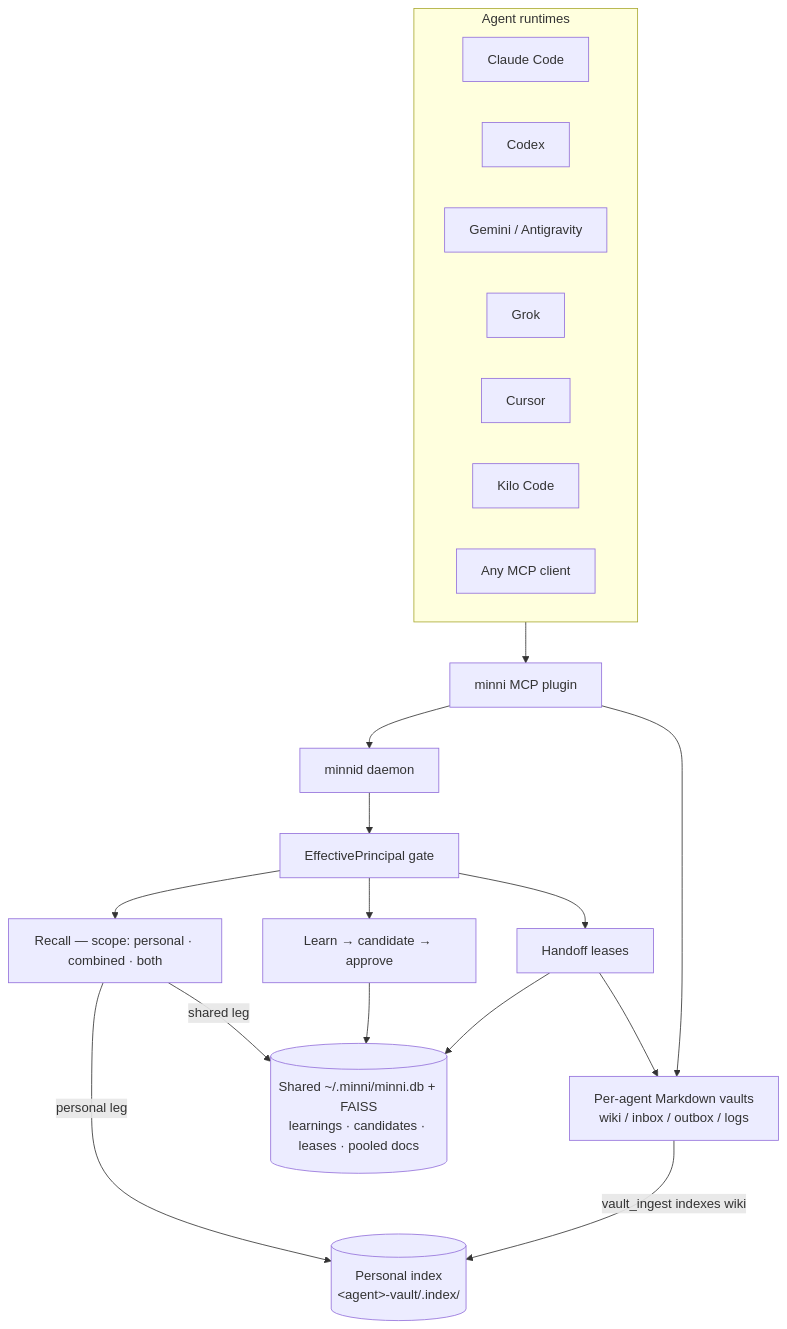
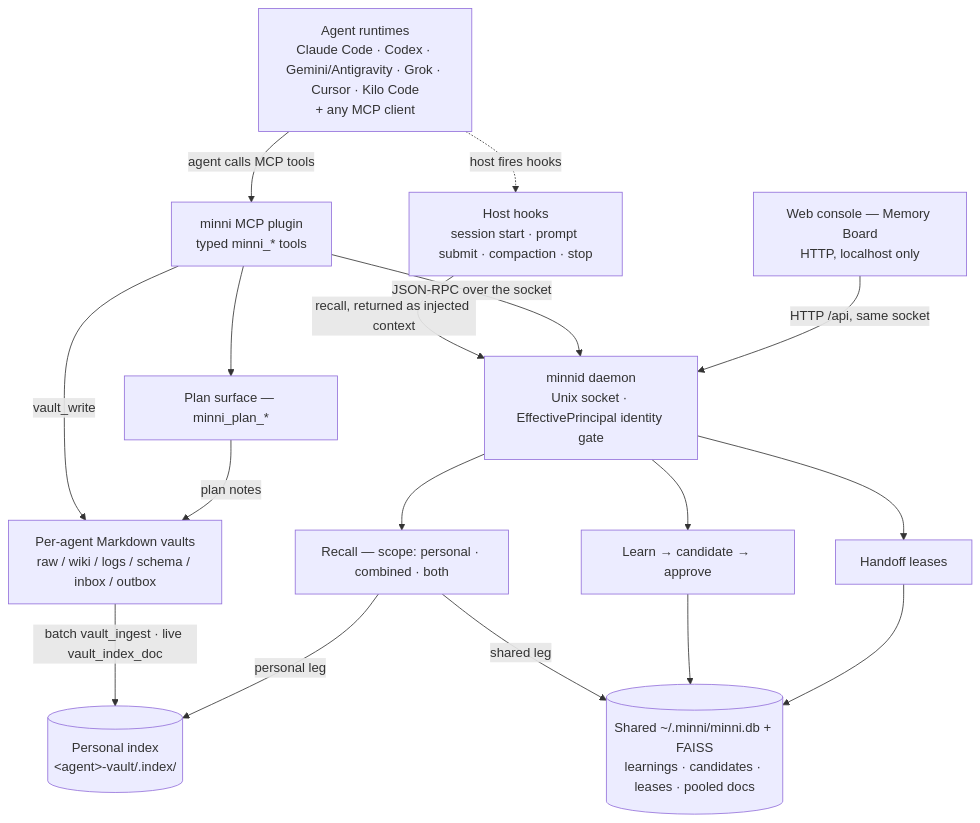
Before and after one commit to infektyd/minni: the diagram in README.md, drawn with Mermaid. The commit also changed other lines of this file and 1 other file, not shown here.

First paragraph of the commit message:
docs(readme): apply the 2026-08-01 audit and redesign the architecture diagram
Applies the accepted findings from the readme-audit run and, per the operator's
emphasis, rebuilds the Mermaid flowchart against the discovered topology.

````diff
--- a/README.md
+++ b/README.md
@@ -122,36 +125,39 @@
 ```mermaid
+%% Budget: 18 nodes / 16 edges. Dashed = host-fired; solid = someone calls.
+%% Tool names re-verified 2026-08-01: the plan surface ships as minni_plan_*.
+%% A rename to a threads_* prefix is proposed but unmerged — re-check next audit.
 flowchart TD
-    subgraph Runtimes["Agent runtimes"]
-      Claude["Claude Code"]
-      Codex["Codex"]
-      Gemini["Gemini / Antigravity"]
-      Grok["Grok"]
-      Cursor["Cursor"]
-      Kilo["Kilo Code"]
-      Other["Any MCP client"]
-    end
+    Agents["Agent runtimes<br/>Claude Code · Codex · Gemini/Antigravity · Grok · Cursor · Kilo Code<br/>+ any MCP client"]
+    Hooks["Host hooks<br/>session start · prompt submit · compaction · stop"]
+    Plugin["minni MCP plugin<br/>typed minni_* tools"]
+    Console["Web console — Memory Board<br/>HTTP, localhost only"]
+    Daemon["minnid daemon<br/>Unix socket · EffectivePrincipal identity gate"]
 
-    Plugin["minni MCP plugin"]
-    Daemon["minnid daemon"]
-    Gate["EffectivePrincipal gate"]
     Retrieval["Recall — scope: personal · combined · both"]
     Governance["Learn → candidate → approve"]
     Handoff["Handoff leases"]
-
-    Vaults["Per-agent Markdown vaults<br/>wiki / inbox / outbox / logs"]
+    Plans["Plan surface — minni_plan_*"]
+    Vaults["Per-agent Markdown vaults<br/>raw / wiki / logs / schema / inbox / outbox"]
     Personal[("Personal index<br/>&lt;agent&gt;-vault/.index/")]
     Shared[("Shared ~/.minni/minni.db + FAISS<br/>learnings · candidates · leases · pooled docs")]
 
-    Runtimes --> Plugin --> Daemon --> Gate
-    Plugin --> Vaults
-    Vaults -->|vault_ingest indexes wiki| Personal
+    Agents -.->|host fires hooks| Hooks
+    Agents -->|agent calls MCP tools| Plugin
+    Hooks -->|recall, returned as injected context| Daemon
+    Plugin -->|JSON-RPC over the socket| Daemon
+    Console -->|HTTP /api, same socket| Daemon
 
-    Gate --> Retrieval
-    Gate --> Governance
-    Gate --> Handoff
+    Daemon --> Retrieval
+    Daemon --> Governance
+    Daemon --> Handoff
+
+    Plugin --> Plans
+    Plugin -->|vault_write| Vaults
+    Plans -->|plan notes| Vaults
+    Vaults -->|batch vault_ingest · live vault_index_doc| Personal
+
     Retrieval -->|personal leg| Personal
     Retrieval -->|shared leg| Shared
     Governance --> Shared
     Handoff --> Shared
-    Handoff --> Vaults
 ```
````
